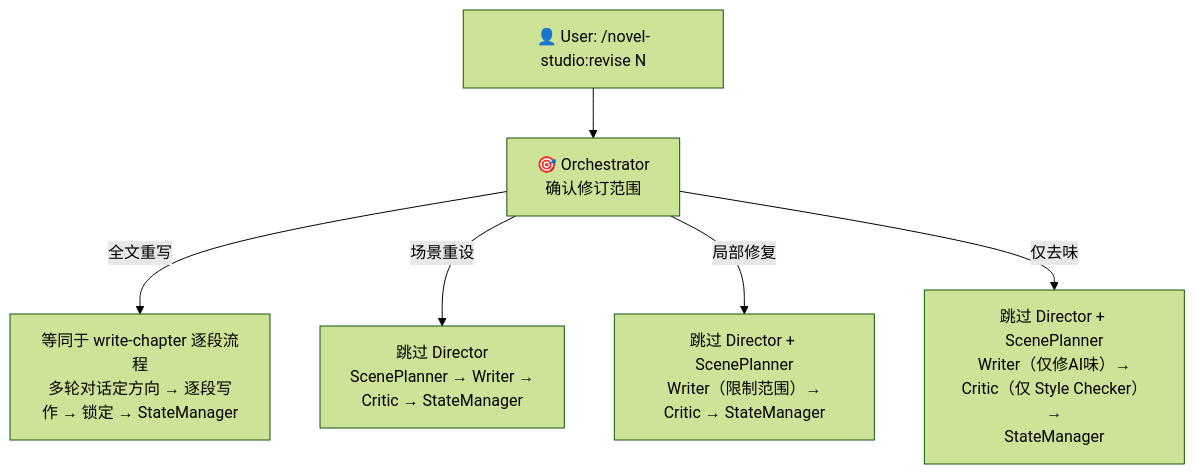
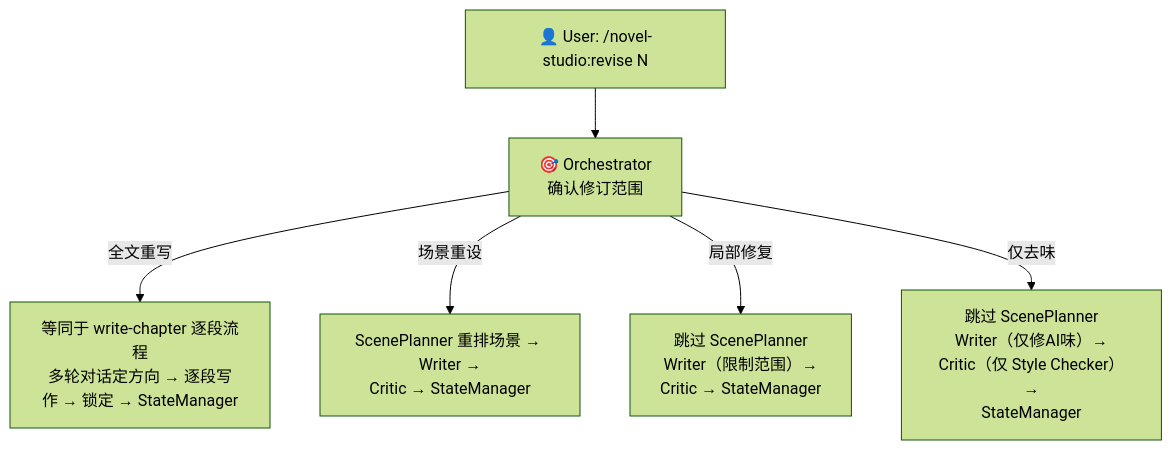
One commit to deathwhispers/novel-studio changed the first of 4 diagrams in workflows/revise-chapter.md. Above: the diagram before and after it, drawn with Mermaid (forest theme). The commit also changed other lines of this file and 49 other files, not shown here.

````diff
--- a/workflows/revise-chapter.md
+++ b/workflows/revise-chapter.md
@@ -11,12 +11,12 @@
 ```mermaid
 flowchart TD
     User["👤 User: /novel-studio:revise N"]
     Orchestrator["🎯 Orchestrator<br/>确认修订范围"]
 
     User --> Orchestrator
 
     Orchestrator -->|"全文重写"| Full["等同于 write-chapter 逐段流程<br/>多轮对话定方向 → 逐段写作 → 锁定 → StateManager"]
-    Orchestrator -->|"场景重设"| SceneReset["跳过 Director<br/>ScenePlanner → Writer →<br/>Critic → StateManager"]
-    Orchestrator -->|"局部修复"| LocalFix["跳过 Director + ScenePlanner<br/>Writer（限制范围）→<br/>Critic → StateManager"]
-    Orchestrator -->|"仅去味"| DeFlavor["跳过 Director + ScenePlanner<br/>Writer（仅修AI味）→<br/>Critic（仅 Style Checker）→<br/>StateManager"]
+    Orchestrator -->|"场景重设"| SceneReset["ScenePlanner 重排场景 → Writer →<br/>Critic → StateManager"]
+    Orchestrator -->|"局部修复"| LocalFix["跳过 ScenePlanner<br/>Writer（限制范围）→<br/>Critic → StateManager"]
+    Orchestrator -->|"仅去味"| DeFlavor["跳过 ScenePlanner<br/>Writer（仅修AI味）→<br/>Critic（仅 Style Checker）→<br/>StateManager"]
 ```
````
